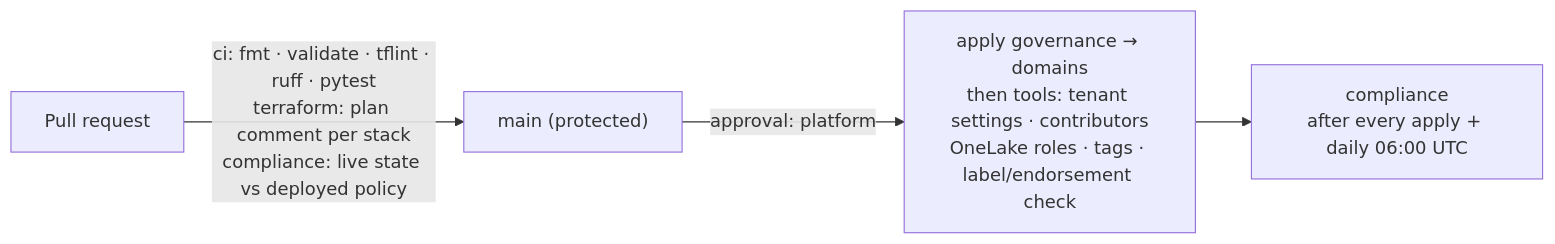
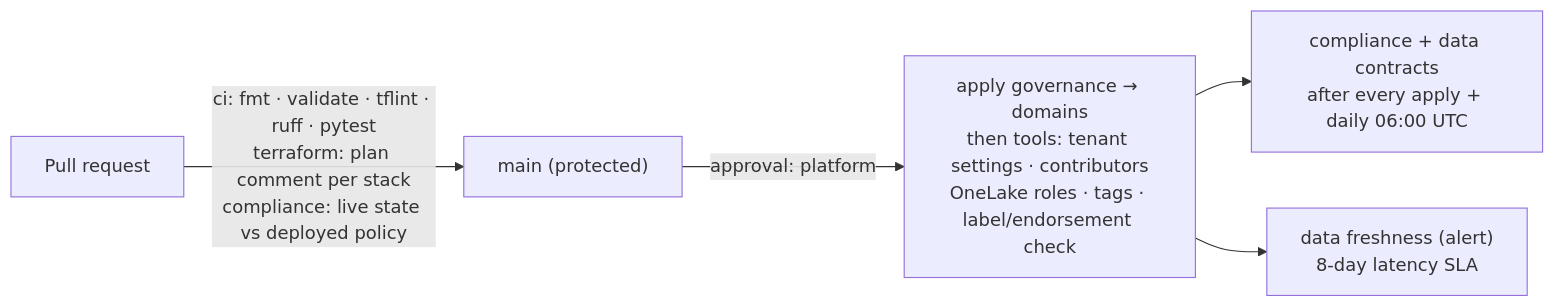
One commit to felipecastro-data/fabric-domain-architecture-purview-governance changed the fourth of 4 diagrams in README.md. Above: the diagram before and after it, drawn with Mermaid. The commit also changed other lines of this file and 14 other files, not shown here.

First line of the commit message:
Data contracts (ODCS v3.1) with schema, row count, lineage and freshness checks

````diff
--- a/README.md
+++ b/README.md
@@ -160,6 +164,7 @@
 ```mermaid
 flowchart LR
     PR["Pull request"] -->|"ci: fmt · validate · tflint · ruff · pytest<br/>terraform: plan comment per stack<br/>compliance: live state vs deployed policy"| Main["main (protected)"]
     Main -->|"approval: platform"| Apply["apply governance → domains<br/>then tools: tenant settings · contributors<br/>OneLake roles · tags · label/endorsement check"]
-    Apply --> C["compliance<br/>after every apply + daily 06:00 UTC"]
+    Apply --> C["compliance + data contracts<br/>after every apply + daily 06:00 UTC"]
+    Apply --> F["data freshness (alert)<br/>8-day latency SLA"]
 ```
````
